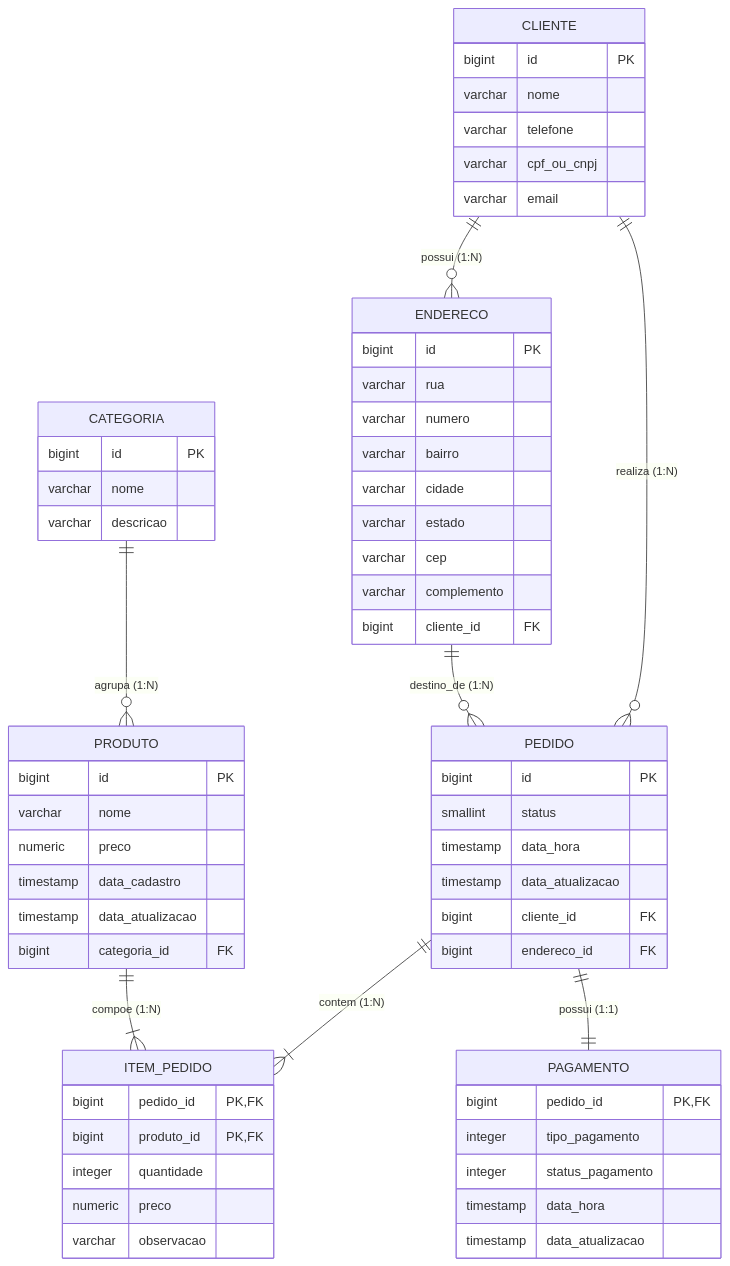
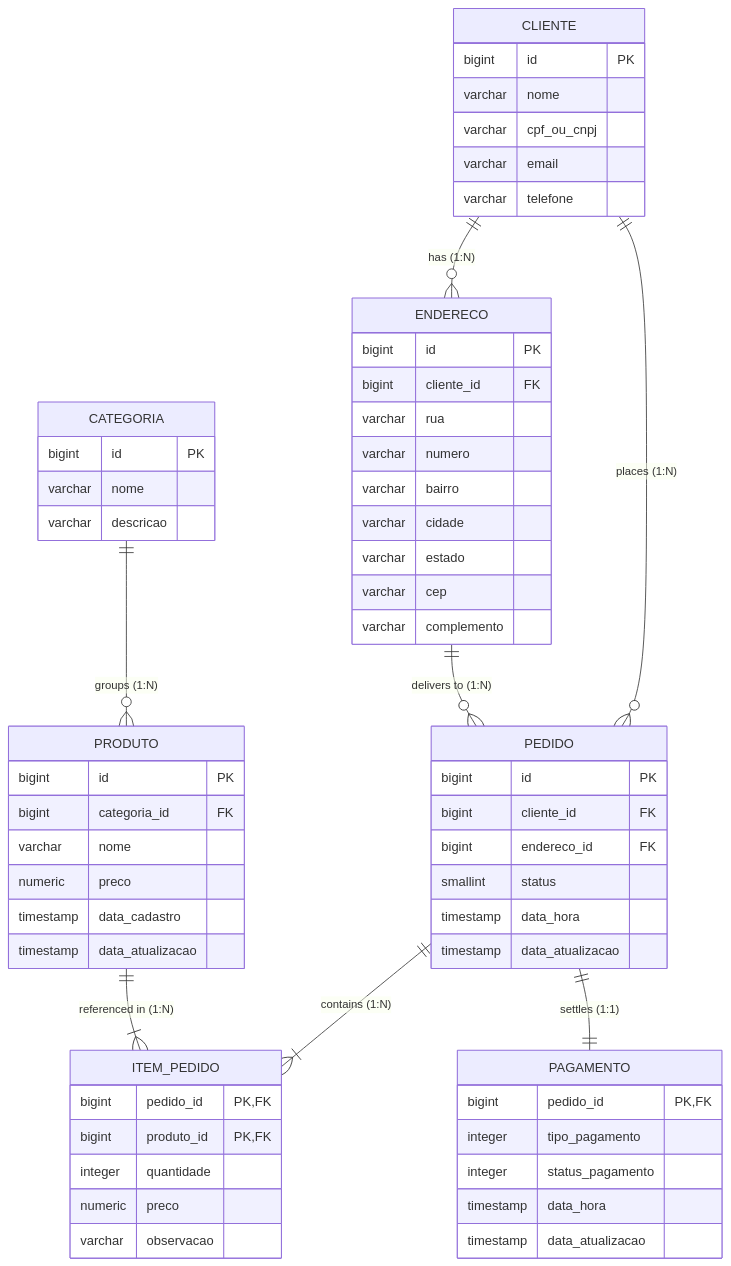
One commit to jailsonribeirodev-sys/pizzaria-api changed the first of 2 diagrams in README.md. Above: the diagram before and after it, drawn with Mermaid. The commit also changed other lines of this file, not shown here.

Commit message:
docs: rewrite README with clean architecture overview and API contracts

````diff
--- a/README.md
+++ b/README.md
@@ -68,70 +51,70 @@
 ```mermaid
 erDiagram
-    CLIENTE ||--o{ ENDERECO : "possui (1:N)"
-    CLIENTE ||--o{ PEDIDO : "realiza (1:N)"
-    ENDERECO ||--o{ PEDIDO : "destino_de (1:N)"
-    CATEGORIA ||--o{ PRODUTO : "agrupa (1:N)"
-    PEDIDO ||--|{ ITEM_PEDIDO : "contem (1:N)"
-    PRODUTO ||--|{ ITEM_PEDIDO : "compoe (1:N)"
-    PEDIDO ||--|| PAGAMENTO : "possui (1:1)"
+    CLIENTE ||--o{ ENDERECO : "has (1:N)"
+    CLIENTE ||--o{ PEDIDO : "places (1:N)"
+    ENDERECO ||--o{ PEDIDO : "delivers to (1:N)"
+    CATEGORIA ||--o{ PRODUTO : "groups (1:N)"
+    PEDIDO ||--|{ ITEM_PEDIDO : "contains (1:N)"
+    PRODUTO ||--|{ ITEM_PEDIDO : "referenced in (1:N)"
+    PEDIDO ||--|| PAGAMENTO : "settles (1:1)"
 
     CLIENTE {
         bigint id PK
         varchar nome
-        varchar telefone
         varchar cpf_ou_cnpj
         varchar email
+        varchar telefone
     }
 
     ENDERECO {
         bigint id PK
+        bigint cliente_id FK
         varchar rua
         varchar numero
         varchar bairro
         varchar cidade
         varchar estado
         varchar cep
         varchar complemento
-        bigint cliente_id FK
     }
 
     CATEGORIA {
         bigint id PK
         varchar nome
         varchar descricao
     }
 
     PRODUTO {
         bigint id PK
+        bigint categoria_id FK
         varchar nome
         numeric preco
         timestamp data_cadastro
         timestamp data_atualizacao
-        bigint categoria_id FK
     }
 
     PEDIDO {
         bigint id PK
+        bigint cliente_id FK
+        bigint endereco_id FK
         smallint status
         timestamp data_hora
         timestamp data_atualizacao
-        bigint cliente_id FK
-        bigint endereco_id FK
     }
 
     ITEM_PEDIDO {
         bigint pedido_id PK, FK
         bigint produto_id PK, FK
         integer quantidade
         numeric preco
         varchar observacao
     }
 
     PAGAMENTO {
         bigint pedido_id PK, FK
         integer tipo_pagamento
         integer status_pagamento
         timestamp data_hora
         timestamp data_atualizacao
     }
 ```
````
